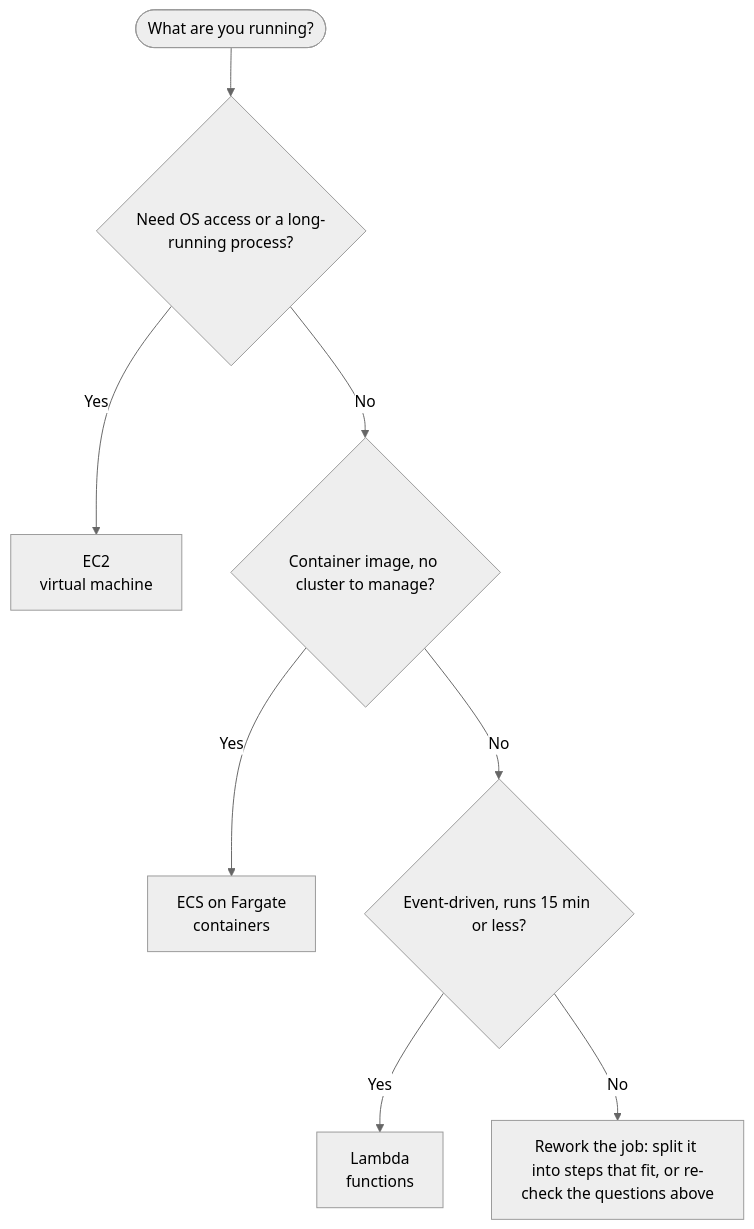
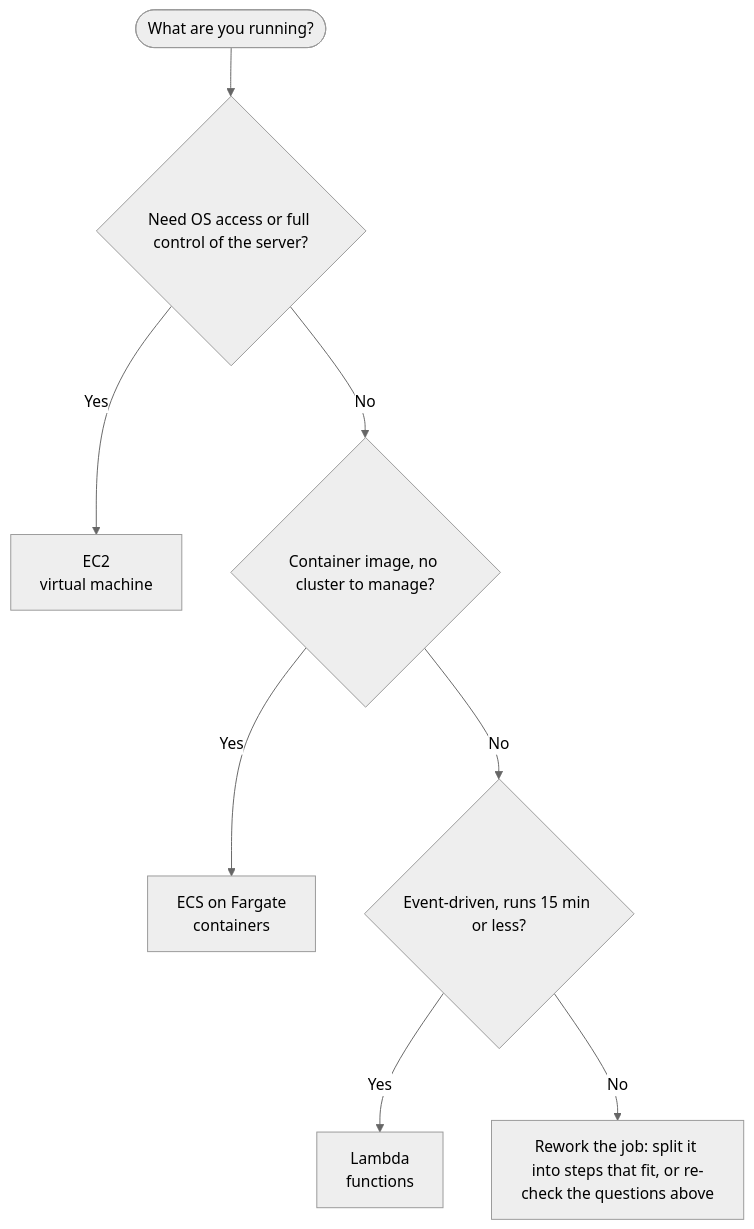
One commit to sunflynf/web-notes changed the diagram in docs/cloud-computing/compute.mdx. Above: the diagram before and after it, drawn with Mermaid (neutral theme). The commit also changed other lines of this file and 7 other files, not shown here.

First line of the commit message:
Fix Cloud facts, decision chart and entry page map; restore category tagline

````diff
--- a/docs/cloud-computing/compute.mdx
+++ b/docs/cloud-computing/compute.mdx
@@ -19,13 +19,13 @@
 ```mermaid
 flowchart TD
-    Start(["What are you running?"]) --> Q1{"Need OS access or a long-running process?"}
+    Start(["What are you running?"]) --> Q1{"Need OS access or full control of the server?"}
     Q1 -- "Yes" --> EC2["EC2<br/>virtual machine"]
     Q1 -- "No" --> Q2{"Container image, no cluster to manage?"}
     Q2 -- "Yes" --> ECS["ECS on Fargate<br/>containers"]
     Q2 -- "No" --> Q3{"Event-driven, runs 15 min or less?"}
     Q3 -- "Yes" --> Lambda["Lambda<br/>functions"]
     Q3 -- "No" --> Rework["Rework the job: split it into steps that fit, or re-check the questions above"]
     click EC2 "#ec2"
     click ECS "#ecs-fargate"
     click Lambda "#lambda"
 ```
````
